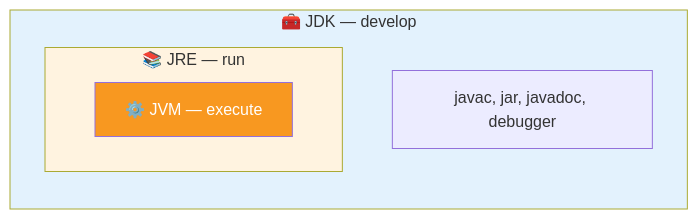
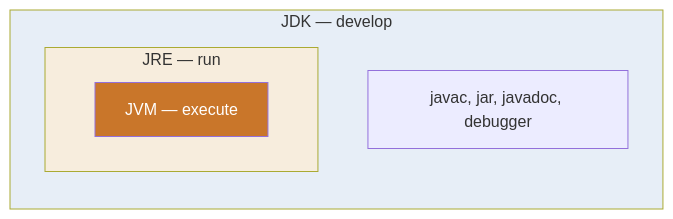
Before and after one commit to kundankumarsharma56/Leaning-Java: the second of 2 diagrams in src/Theory/01-Java-Introduction-and-Setup/03-Java-Installation.md, drawn with Mermaid. The commit also changed other lines of this file and 84 other files, not shown here.

````diff
--- a/src/Theory/01-Java-Introduction-and-Setup/03-Java-Installation.md
+++ b/src/Theory/01-Java-Introduction-and-Setup/03-Java-Installation.md
@@ -53,12 +53,12 @@
 ```mermaid
 flowchart LR
-    subgraph JDK["🧰 JDK — develop"]
-        subgraph JRE["📚 JRE — run"]
-            JVM["⚙️ JVM — execute"]
+    subgraph JDK["JDK — develop"]
+        subgraph JRE["JRE — run"]
+            JVM["JVM — execute"]
         end
         T["javac, jar, javadoc, debugger"]
     end
-    style JDK fill:#e3f2fd
-    style JRE fill:#fff3e0
-    style JVM fill:#f89820,color:#fff
+    style JDK fill:#e7eef7
+    style JRE fill:#f7eddd
+    style JVM fill:#c9762a,color:#fff
 ```
````
